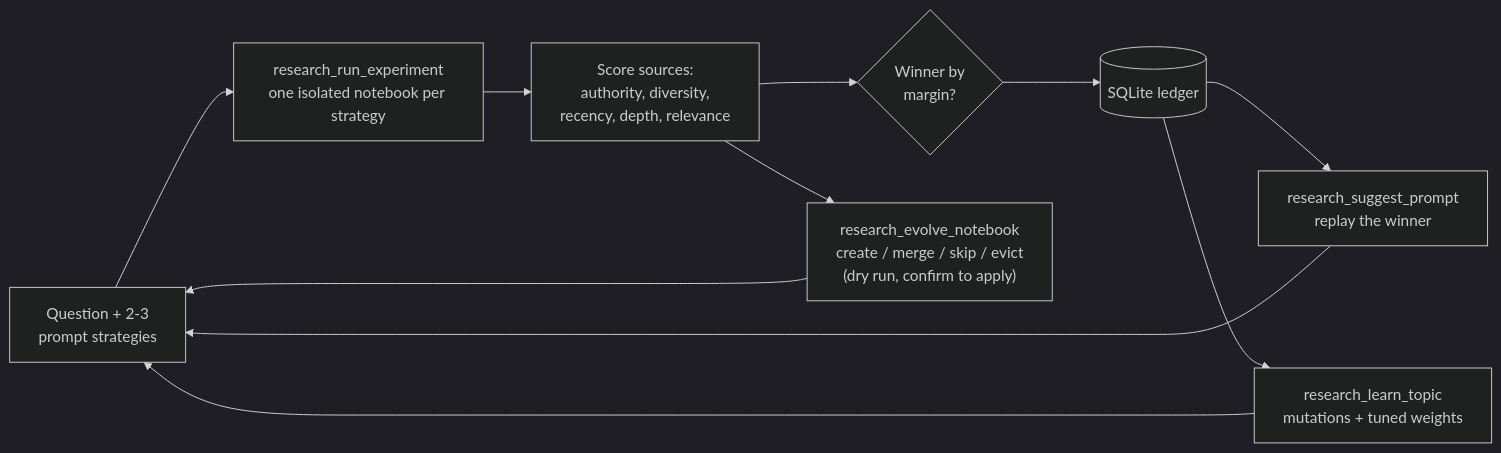
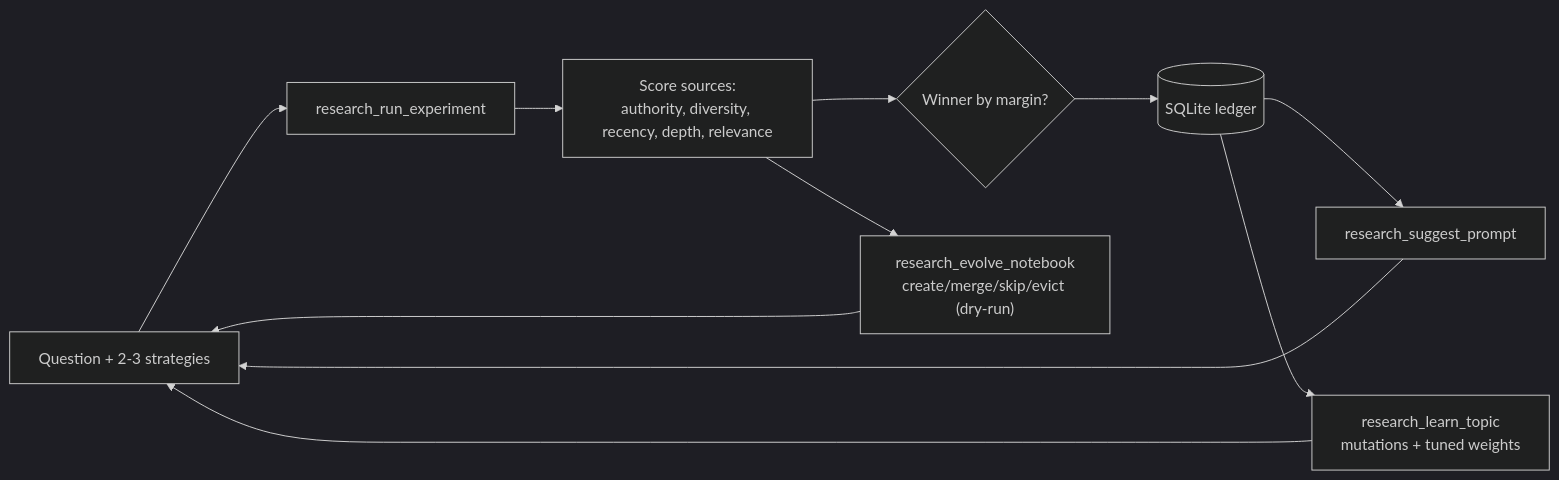
Before and after one commit to werister/notelab: the second of 2 diagrams in README.md, drawn with Mermaid (dark theme). The commit also changed other lines of this file, not shown here.

````diff
--- a/README.md
+++ b/README.md
@@ -265,13 +133,10 @@
 ```mermaid
 flowchart LR
-    Q["Question + 2-3<br/>prompt strategies"] --> E["research_run_experiment<br/>one isolated notebook per strategy"]
-    E --> S["Score sources:<br/>authority, diversity,<br/>recency, depth, relevance"]
-    S --> W{"Winner by<br/>margin?"}
+    Q["Question + 2-3 strategies"] --> E["research_run_experiment"]
+    E --> S["Score sources:<br/>authority, diversity, recency, depth, relevance"]
+    S --> W{"Winner by margin?"}
     W --> LED[("SQLite ledger")]
-    LED --> SUG["research_suggest_prompt<br/>replay the winner"]
-    LED --> LRN["research_learn_topic<br/>mutations + tuned weights"]
-    S --> EV["research_evolve_notebook<br/>create / merge / skip / evict<br/>(dry run, confirm to apply)"]
-    LRN --> Q
-    SUG --> Q
-    EV --> Q
+    LED --> SUG["research_suggest_prompt"] --> Q
+    LED --> LRN["research_learn_topic<br/>mutations + tuned weights"] --> Q
+    S --> EV["research_evolve_notebook<br/>create/merge/skip/evict (dry-run)"] --> Q
 ```
````
